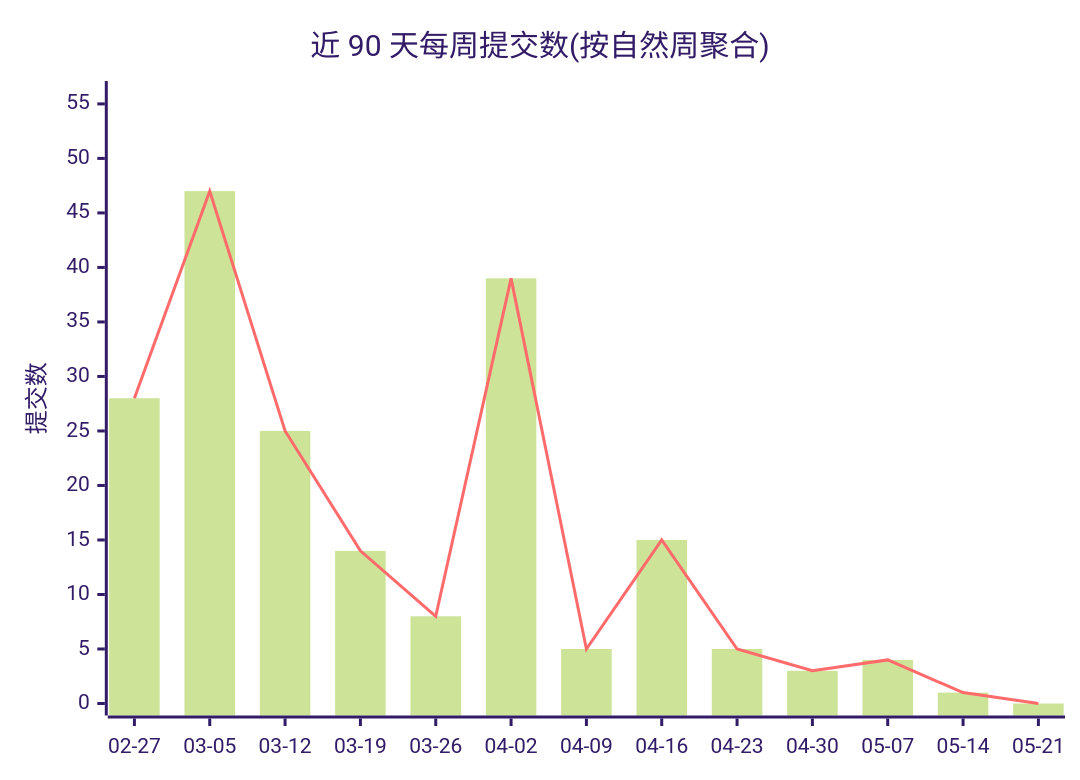
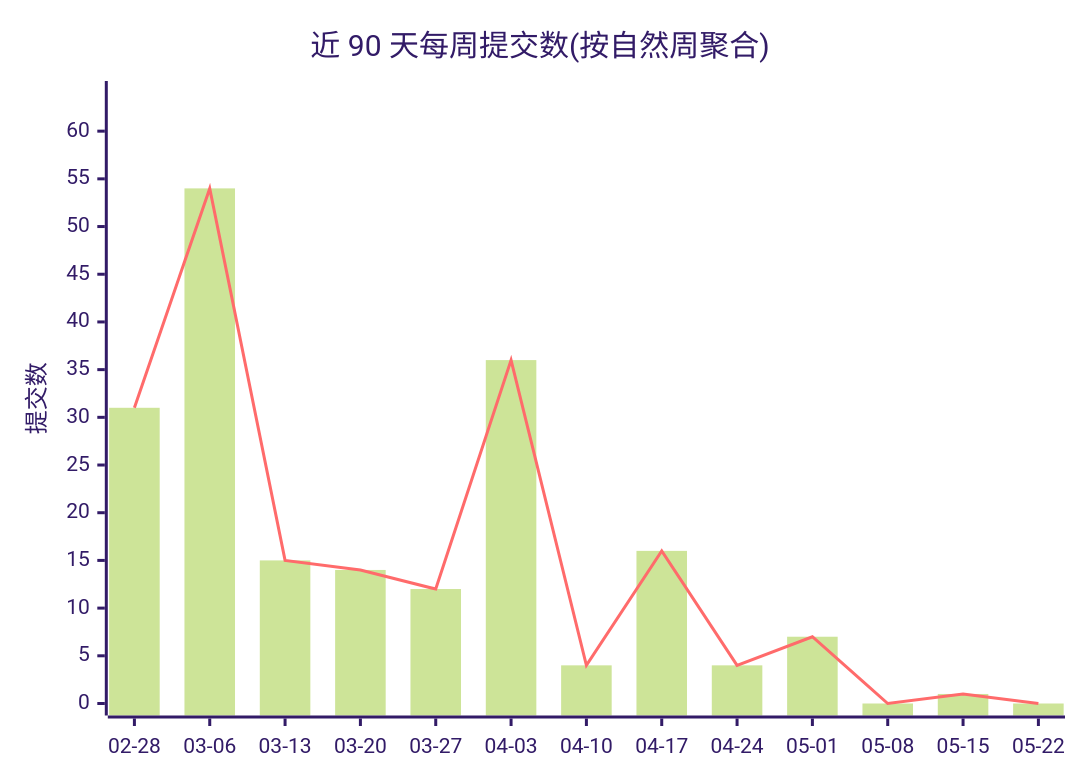
Before and after one commit to Conflux-Union/.github: the first of 2 diagrams in profile/README.md, drawn with Mermaid (forest theme). The commit also changed other lines of this file and 1 other file, not shown here.

Commit message:
chore(stats): refresh org commit stats

````diff
--- a/profile/README.md
+++ b/profile/README.md
@@ -44,8 +44,8 @@
 ```mermaid
 xychart-beta
     title "近 90 天每周提交数(按自然周聚合)"
-    x-axis ["02-27", "03-05", "03-12", "03-19", "03-26", "04-02", "04-09", "04-16", "04-23", "04-30", "05-07", "05-14", "05-21"]
-    y-axis "提交数" 0 --> 56
-    bar [28, 47, 25, 14, 8, 39, 5, 15, 5, 3, 4, 1, 0]
-    line [28, 47, 25, 14, 8, 39, 5, 15, 5, 3, 4, 1, 0]
+    x-axis ["02-28", "03-06", "03-13", "03-20", "03-27", "04-03", "04-10", "04-17", "04-24", "05-01", "05-08", "05-15", "05-22"]
+    y-axis "提交数" 0 --> 64
+    bar [31, 54, 15, 14, 12, 36, 4, 16, 4, 7, 0, 1, 0]
+    line [31, 54, 15, 14, 12, 36, 4, 16, 4, 7, 0, 1, 0]
 ```
````
